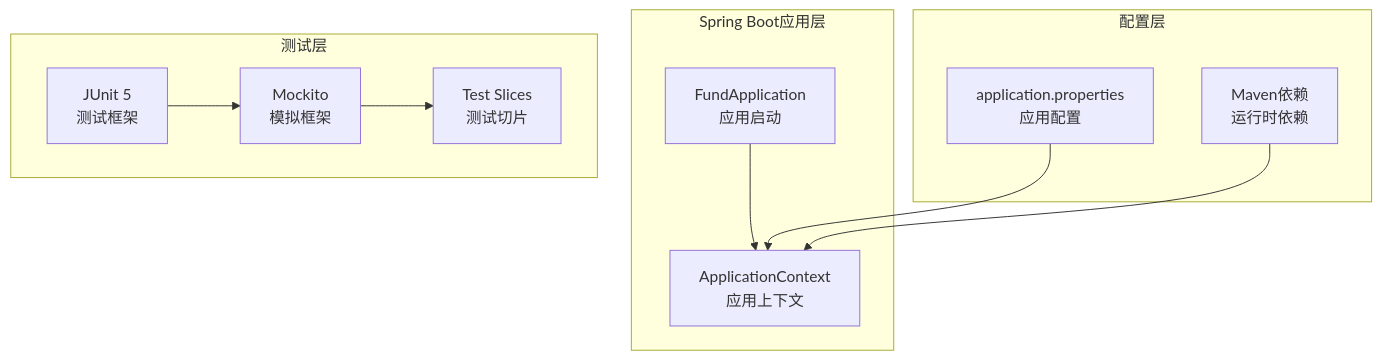
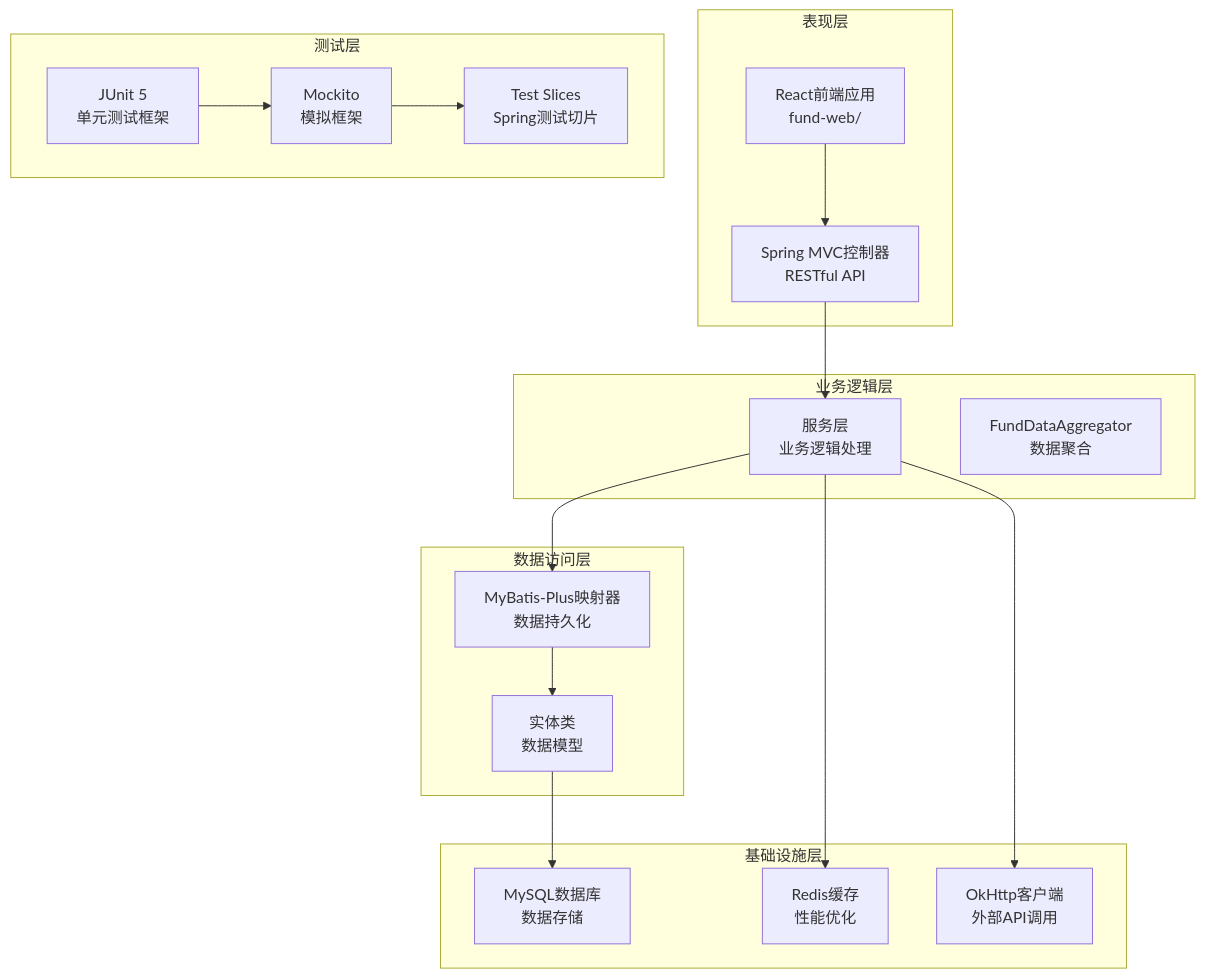
Before and after one commit to gree-coder/fund-butler: the fifth of 14 diagrams in .qoder/repowiki/zh/content/测试策略.md, drawn with Mermaid. The commit also changed other lines of this file and 5 other files, not shown here.

````diff
--- a/.qoder/repowiki/zh/content/测试策略.md
+++ b/.qoder/repowiki/zh/content/测试策略.md
@@ -120,21 +194,34 @@
 ```mermaid
 graph TB
-subgraph "Spring Boot应用层"
-APP[FundApplication<br/>应用启动]
-CTX[ApplicationContext<br/>应用上下文]
+subgraph "表现层"
+WEB[React前端应用<br/>fund-web/]
+CONTROLLERS[Spring MVC控制器<br/>RESTful API]
 end
-subgraph "配置层"
-PROPS[application.properties<br/>应用配置]
-DEPS[Maven依赖<br/>运行时依赖]
+subgraph "业务逻辑层"
+SERVICES[服务层<br/>业务逻辑处理]
+DATASOURCE[FundDataAggregator<br/>数据聚合]
+end
+subgraph "数据访问层"
+MAPPERS[MyBatis-Plus映射器<br/>数据持久化]
+ENTITIES[实体类<br/>数据模型]
+end
+subgraph "基础设施层"
+DATABASE[MySQL数据库<br/>数据存储]
+REDIS[Redis缓存<br/>性能优化]
+OKHTTP[OkHttp客户端<br/>外部API调用]
 end
 subgraph "测试层"
-JUNIT[JUnit 5<br/>测试框架]
+JUNIT[JUnit 5<br/>单元测试框架]
 MOCK[Mockito<br/>模拟框架]
-SLICE[Test Slices<br/>测试切片]
+TEST_SLICES[Test Slices<br/>Spring测试切片]
 end
-APP --> CTX
-PROPS --> CTX
-DEPS --> CTX
+WEB --> CONTROLLERS
+CONTROLLERS --> SERVICES
+SERVICES --> MAPPERS
+MAPPERS --> ENTITIES
+ENTITIES --> DATABASE
+SERVICES --> REDIS
+SERVICES --> OKHTTP
 JUNIT --> MOCK
-MOCK --> SLICE
+MOCK --> TEST_SLICES
 ```
````
